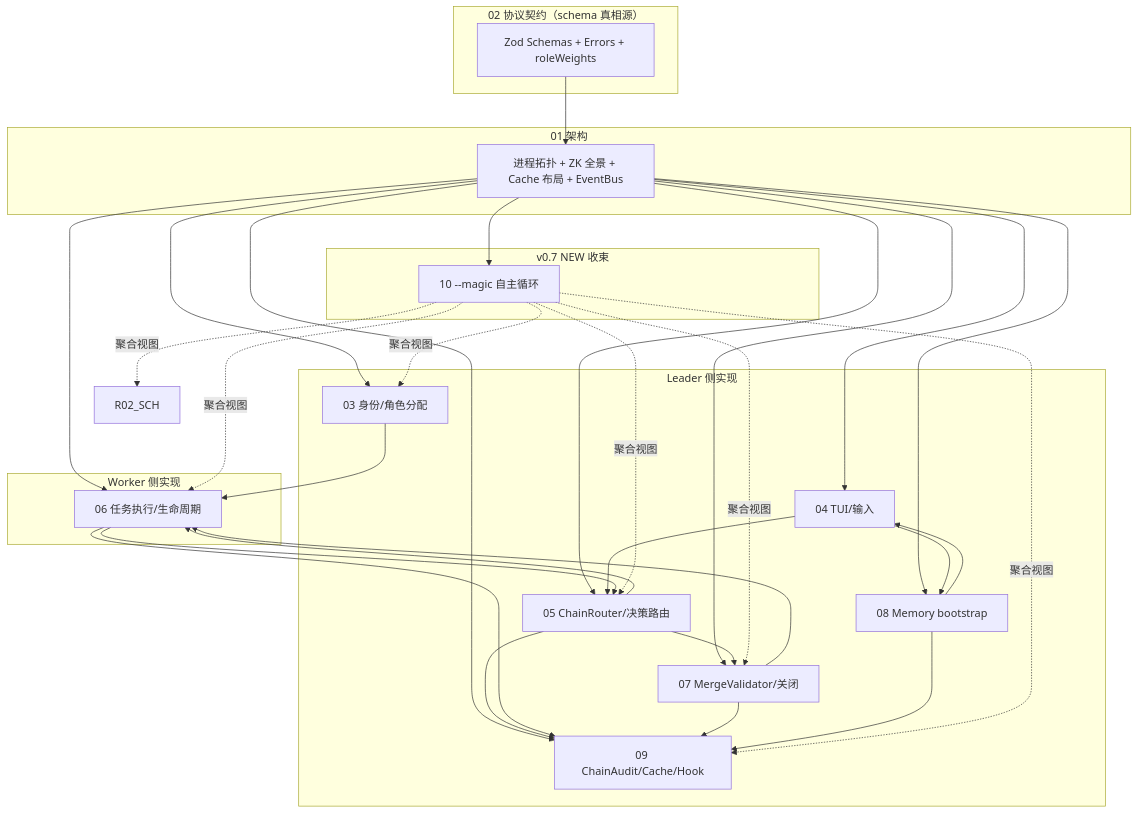
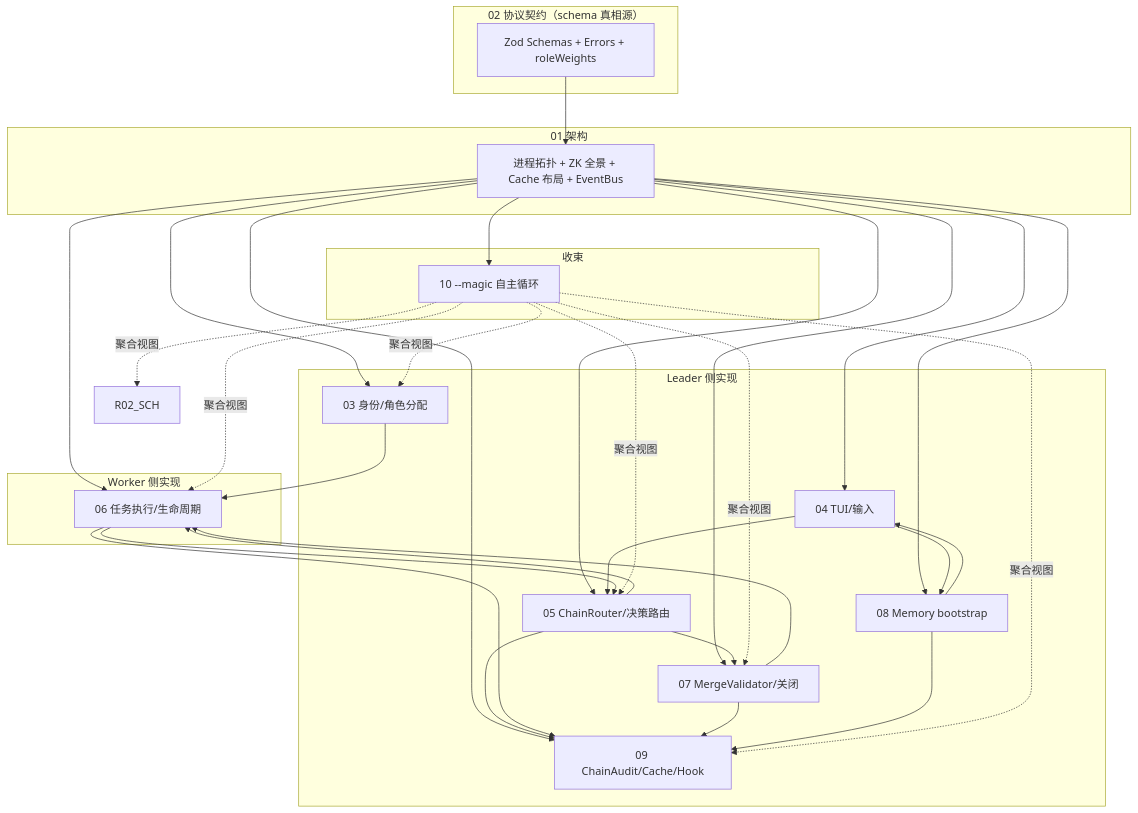
Before and after one commit to adamancyzhang/claude-orchestrator-server: the diagram in docs/v0.7/dd/00-README.md, drawn with Mermaid. The commit also changed other lines of this file and 18 other files, not shown here.

````diff
--- a/docs/v0.7/dd/00-README.md
+++ b/docs/v0.7/dd/00-README.md
@@ -92,36 +91,36 @@
 ```mermaid
 graph TD
   subgraph "02 协议契约（schema 真相源）"
     SCH[Zod Schemas + Errors + roleWeights]
   end
 
   subgraph "01 架构"
     ARCH[进程拓扑 + ZK 全景 + Cache 布局 + EventBus]
   end
 
   subgraph "Leader 侧实现"
     R03[03 身份/角色分配]
     R04[04 TUI/输入]
     R05[05 ChainRouter/决策路由]
     R07[07 MergeValidator/关闭]
     R09[09 ChainAudit/Cache/Hook]
     R08[08 Memory bootstrap]
   end
 
   subgraph "Worker 侧实现"
     R06[06 任务执行/生命周期]
   end
 
-  subgraph "v0.7 NEW 收束"
+  subgraph " 收束"
     R10[10 --magic 自主循环]
   end
 
   SCH --> ARCH --> R03 & R04 & R05 & R06 & R07 & R08 & R09 & R10
   R03 --> R06
   R04 --> R05 & R08
   R05 --> R06 & R07 & R09
   R06 --> R05 & R09
   R07 --> R09 & R06
   R08 --> R09 & R04
   R10 -.聚合视图.-> R02_SCH & R03 & R05 & R06 & R07 & R09
 ```
````
